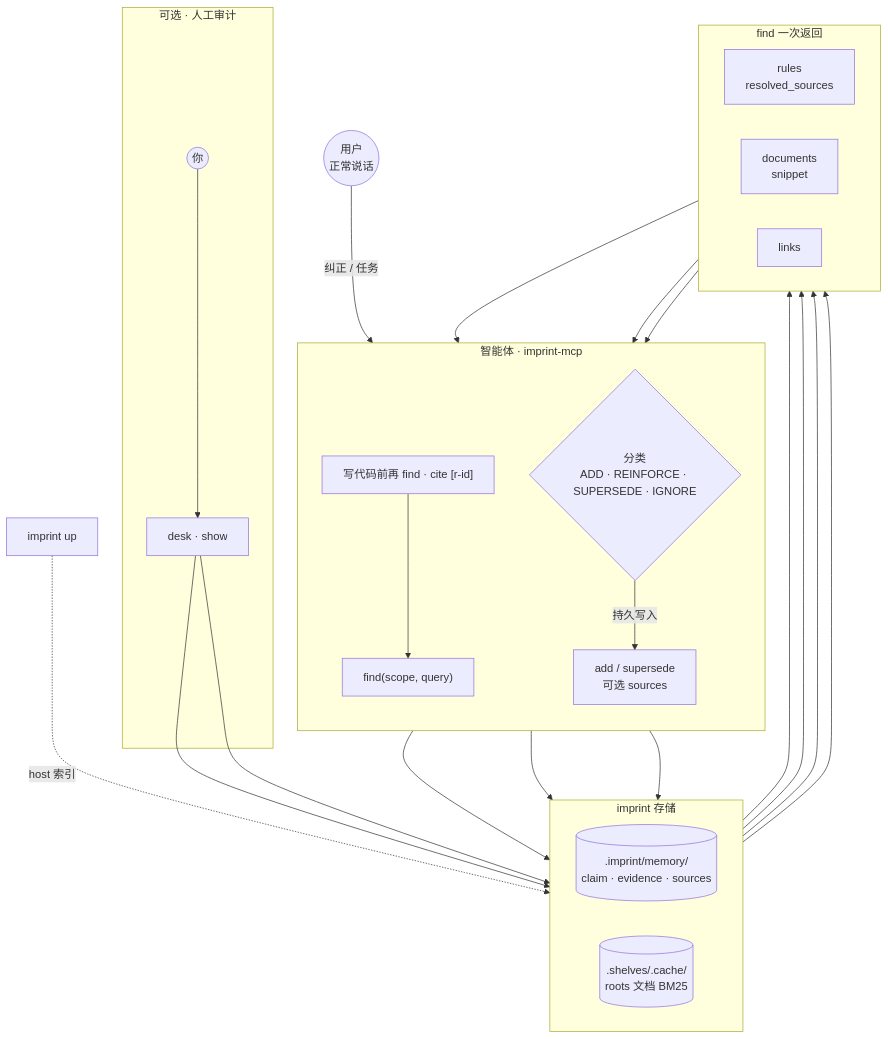
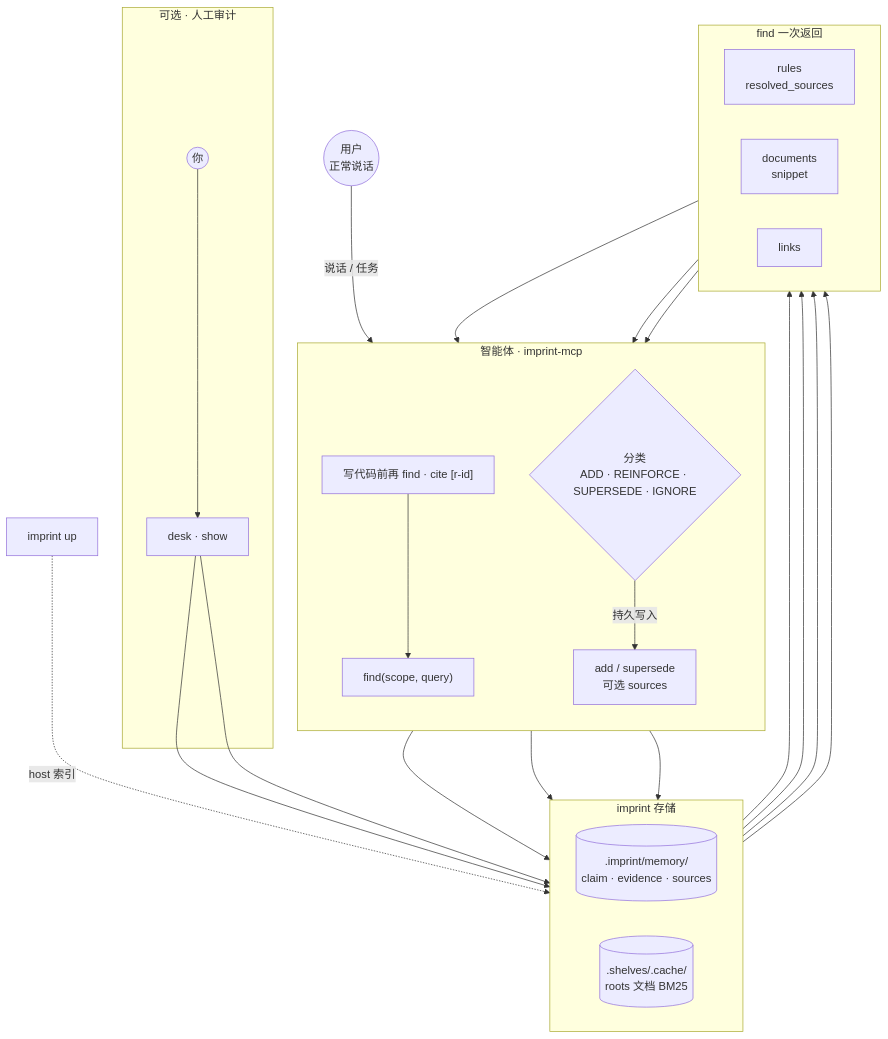
Before and after one commit to SteamedBread2333/imprint: the first of 2 diagrams in README.zh.md, drawn with Mermaid. The commit also changed other lines of this file and 1 other file, not shown here.

````diff
--- a/README.zh.md
+++ b/README.zh.md
@@ -37,45 +47,45 @@
 ```mermaid
 flowchart TB
   U((用户<br/>正常说话))
 
   subgraph Agent["智能体 · imprint-mcp"]
     direction TB
     F["find(scope, query)"]
     C{"分类<br/>ADD · REINFORCE · SUPERSEDE · IGNORE"}
     W["add / supersede<br/>可选 sources"]
     R["写代码前再 find · cite [r-id]"]
   end
 
   subgraph Store["imprint 存储"]
     direction LR
     Vault[(".imprint/memory/<br/>claim · evidence · sources")]
     Shelves[(".shelves/.cache/<br/>roots 文档 BM25")]
   end
 
   subgraph FindOut["find 一次返回"]
     direction LR
     FR["rules<br/>resolved_sources"]
     FD["documents<br/>snippet"]
     FL["links"]
   end
 
   subgraph Audit["可选 · 人工审计"]
     H((你)) --> Desk["desk · show"]
   end
 
   UP["imprint up"] -.->|host 索引| Shelves
 
-  U -->|纠正 / 任务| Agent
+  U -->|说话 / 任务| Agent
   F --> Vault
   F --> Shelves
   Vault --> FR
   Shelves --> FD
   Vault --> FL
   Shelves --> FL
   FR & FD & FL --> C
   C -->|持久写入| W
   W --> Vault
   R --> F
   Desk --> Vault
   Desk --> Shelves
 ```
````
